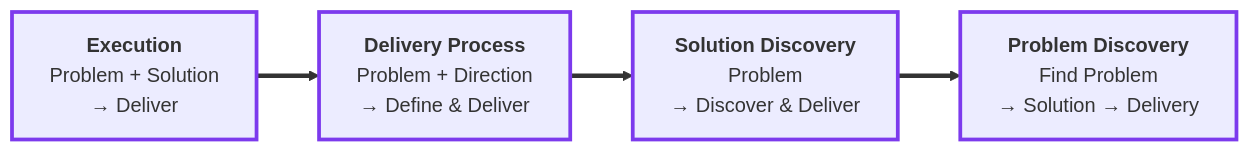
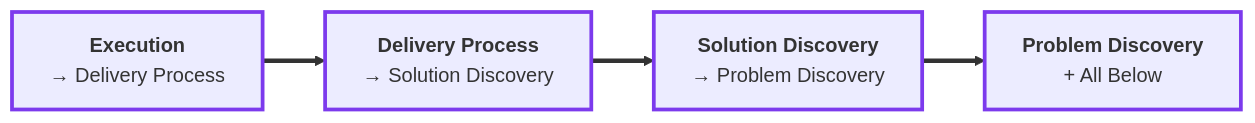
The second of 3 diagrams in README.md (withcaldera/engineering-framework), drawn with Mermaid before and after one commit. The commit also changed other lines of this file and 6 other files, not shown here.

````diff
--- a/README.md
+++ b/README.md
@@ -59,13 +59,13 @@
 ```mermaid
 flowchart LR
-    P1[<b>Execution</b><br/>Problem + Solution<br/>→ Deliver]
-    P2[<b>Delivery Process</b><br/>Problem + Direction<br/>→ Define & Deliver]
-    P3[<b>Solution Discovery</b><br/>Problem<br/>→ Discover & Deliver]
-    P4[<b>Problem Discovery</b><br/>Find Problem<br/>→ Solution → Delivery]
+    P1[<b>Execution</b><br/>→ Delivery Process]
+    P2[<b>Delivery Process</b><br/>→ Solution Discovery]
+    P3[<b>Solution Discovery</b><br/>→ Problem Discovery]
+    P4[<b>Problem Discovery</b><br/>+ All Below]
     P1 ==> P2 ==> P3 ==> P4
 
     style P1 stroke:#7c3aed,stroke-width:3px
     style P2 stroke:#7c3aed,stroke-width:3px
     style P3 stroke:#7c3aed,stroke-width:3px
     style P4 stroke:#7c3aed,stroke-width:3px
 ```
````
